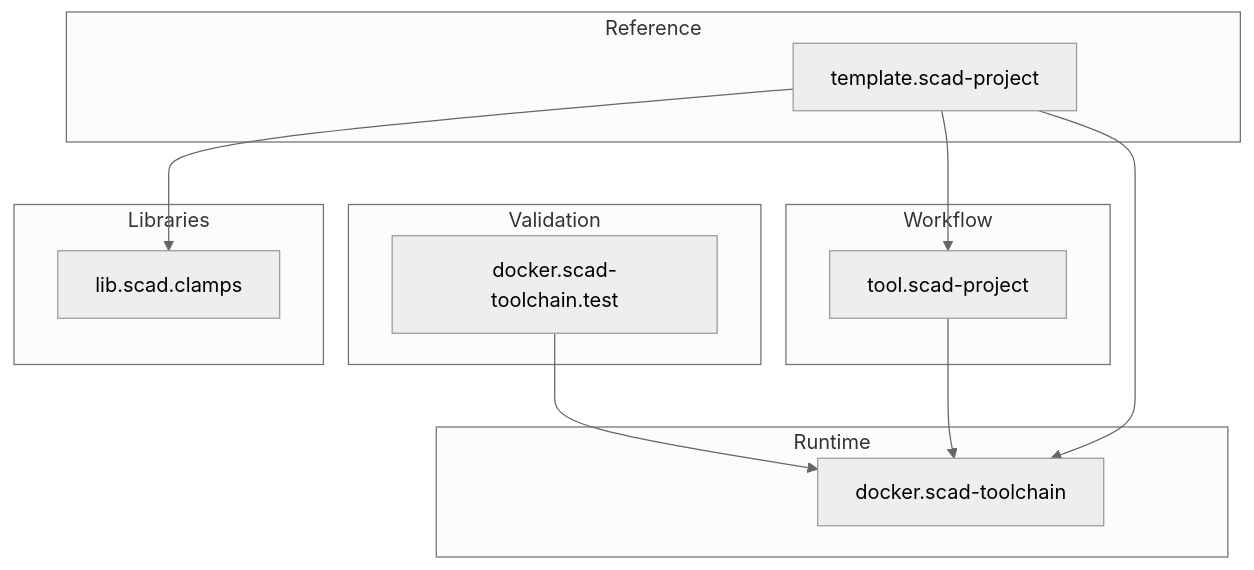
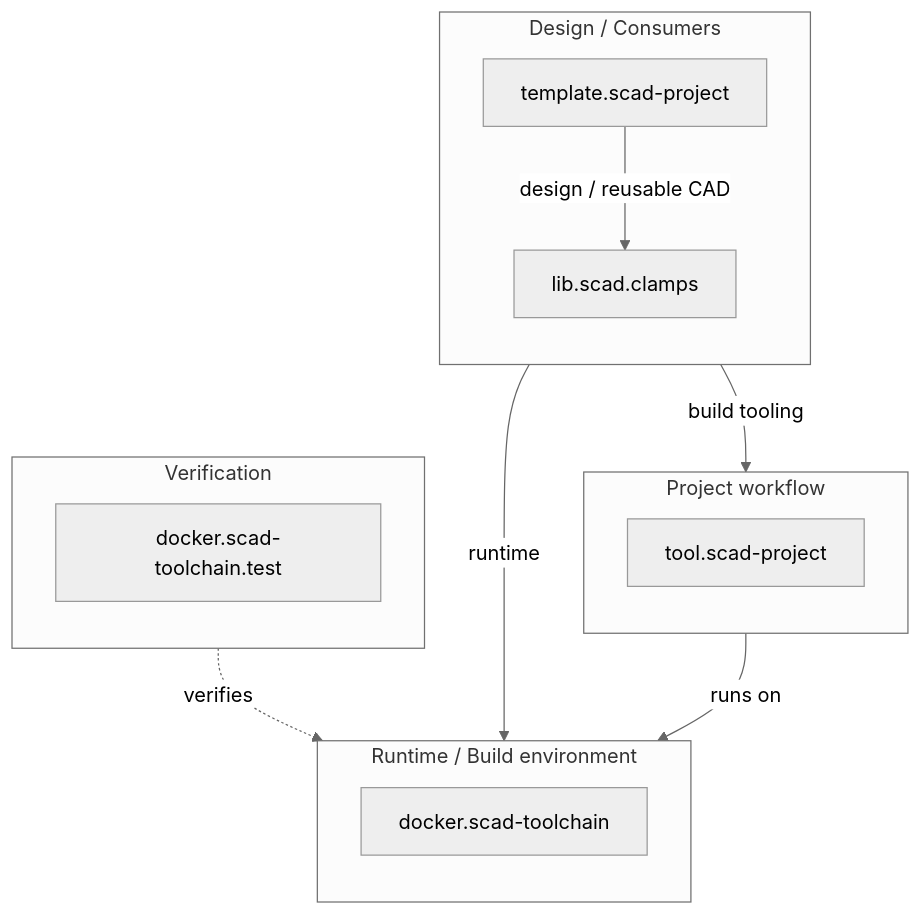
Before and after one commit to brainboxemb/meta.scad-projects: the first of 2 diagrams in docs/architecture.md, drawn with Mermaid (neutral theme). The commit also changed other lines of this file and 10 other files, not shown here.

````diff
--- a/docs/architecture.md
+++ b/docs/architecture.md
@@ -14,28 +14,32 @@
 ```mermaid
-flowchart TB
-    subgraph Runtime
-        TOOLCHAIN[docker.scad-toolchain]
+flowchart TD
+
+    subgraph RUNTIME["Runtime / Build environment"]
+        direction TB
+        TOOLCHAIN["docker.scad-toolchain"]
     end
 
-    subgraph Validation
-        TOOLCHAIN_TEST[docker.scad-toolchain.test]
+    subgraph WORKFLOW["Project workflow"]
+        direction TB
+        TOOL["tool.scad-project"]
     end
 
-    subgraph Workflow
-        PROJECT_TOOL[tool.scad-project]
+    subgraph DESIGN["Design / Consumers"]
+        direction TB
+        TEMPLATE["template.scad-project"]
+        CLAMPS["lib.scad.clamps"]
     end
 
-    subgraph Reference
-        TEMPLATE[template.scad-project]
+    subgraph VERIFY["Verification"]
+        direction TB
+        TOOLCHAIN_TEST["docker.scad-toolchain.test"]
     end
 
-    subgraph Libraries
-        CLAMPS[lib.scad.clamps]
-    end
+    TEMPLATE -->|"build tooling"| TOOL
+    TEMPLATE -->|"runtime"| TOOLCHAIN
+    TEMPLATE -->|"design / reusable CAD"| CLAMPS
 
-    TOOLCHAIN_TEST --> TOOLCHAIN
-    PROJECT_TOOL --> TOOLCHAIN
-    TEMPLATE --> PROJECT_TOOL
-    TEMPLATE --> TOOLCHAIN
-    TEMPLATE --> CLAMPS
+    TOOL -->|"runs on"| TOOLCHAIN
+
+    TOOLCHAIN_TEST -.->|"verifies"| TOOLCHAIN
 ```
````
